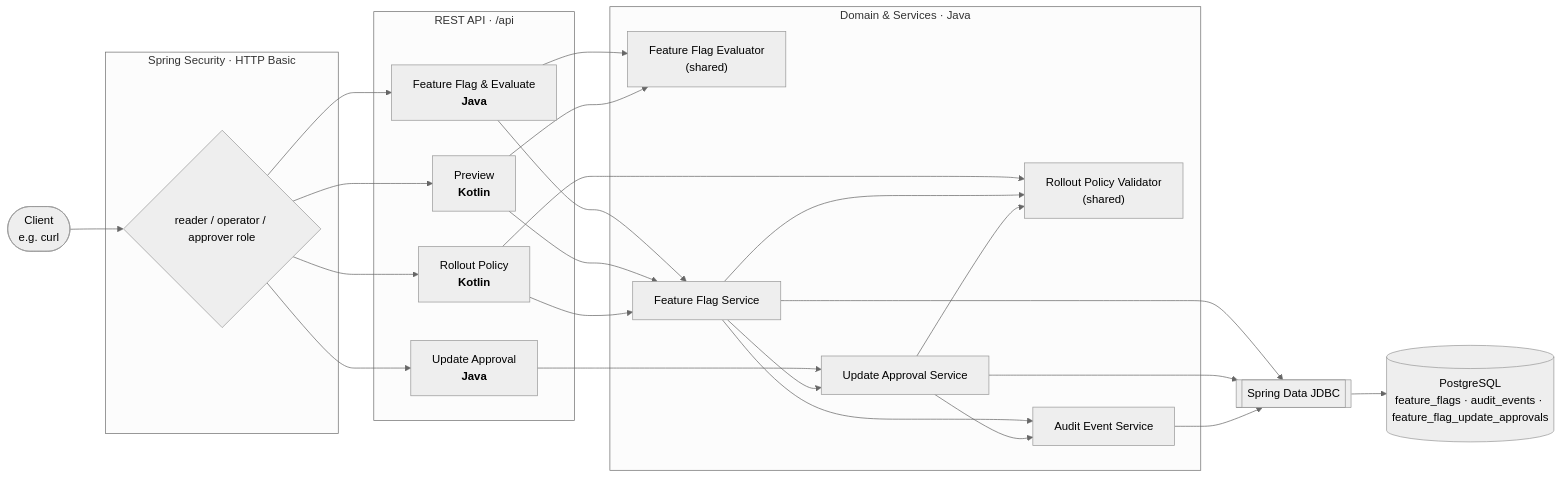
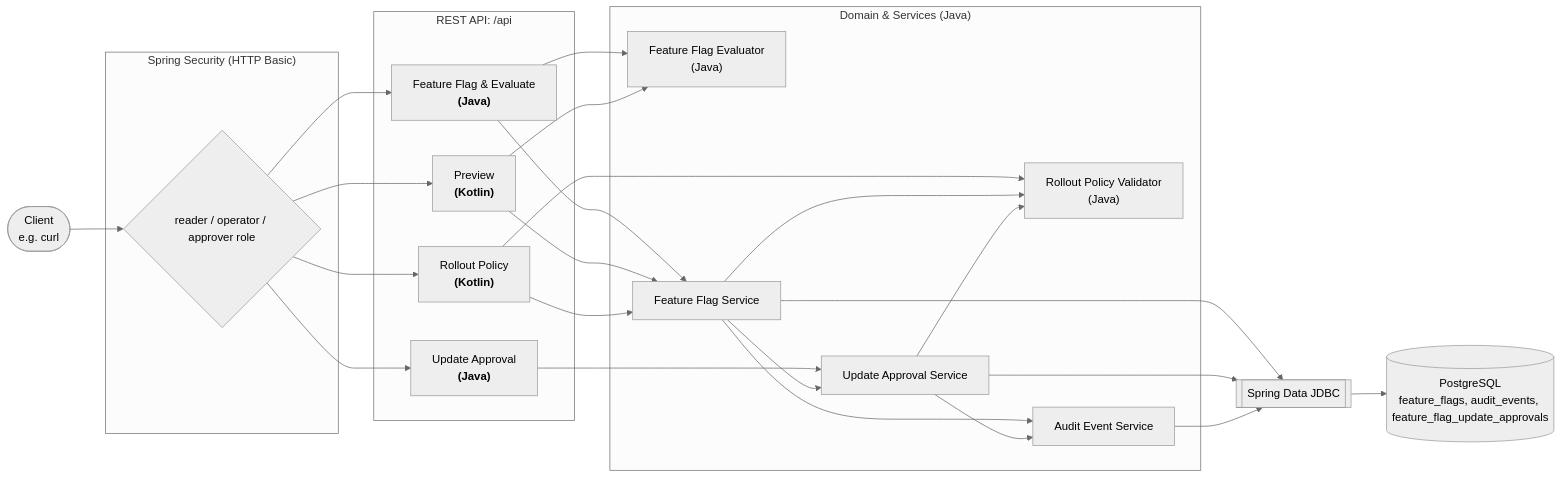
Before and after one commit to 42milez/feature-flag-expt: the first of 3 diagrams in README.md, drawn with Mermaid (neutral theme). The commit also changed other lines of this file and 1 other file, not shown here.

Commit message:
docs: update README diagram syntax (#42)

````diff
--- a/README.md
+++ b/README.md
@@ -100,37 +100,37 @@
 ```mermaid
 flowchart LR
     Client([Client<br/>e.g. curl])
 
-    subgraph Sec["Spring Security · HTTP Basic"]
+    subgraph Sec["Spring Security (HTTP Basic)"]
         Auth{"reader / operator / approver role"}
     end
 
-    subgraph API["REST API · /api"]
-        FlagCtl["Feature Flag &amp; Evaluate<br/><b>Java</b>"]
-        ApprovalCtl["Update Approval<br/><b>Java</b>"]
-        PreviewCtl["Preview<br/><b>Kotlin</b>"]
-        PolicyCtl["Rollout Policy<br/><b>Kotlin</b>"]
+    subgraph API["REST API: /api"]
+        FlagCtl["Feature Flag & Evaluate<br/><b>(Java)</b>"]
+        ApprovalCtl["Update Approval<br/><b>(Java)</b>"]
+        PreviewCtl["Preview<br/><b>(Kotlin)</b>"]
+        PolicyCtl["Rollout Policy<br/><b>(Kotlin)</b>"]
     end
 
-    subgraph Core["Domain &amp; Services · Java"]
-        Eval["Feature Flag Evaluator<br/>(shared)"]
+    subgraph Core["Domain & Services (Java)"]
+        Eval["Feature Flag Evaluator<br/>(Java)"]
         Svc["Feature Flag Service"]
         ApprovalSvc["Update Approval Service"]
-        Policy["Rollout Policy Validator<br/>(shared)"]
+        Policy["Rollout Policy Validator<br/>(Java)"]
         Audit["Audit Event Service"]
     end
 
     Repo[["Spring Data JDBC"]]
-    DB[("PostgreSQL<br/>feature_flags · audit_events · feature_flag_update_approvals")]
+    DB[("PostgreSQL<br/>feature_flags, audit_events, feature_flag_update_approvals")]
 
     Client --> Auth
     Auth --> FlagCtl & ApprovalCtl & PreviewCtl & PolicyCtl
     FlagCtl --> Svc & Eval
     ApprovalCtl --> ApprovalSvc
     PreviewCtl --> Svc & Eval
     PolicyCtl --> Svc & Policy
     Svc --> Policy & ApprovalSvc & Audit & Repo
     ApprovalSvc --> Policy & Audit & Repo
     Audit --> Repo
     Repo --> DB
 ```
````
